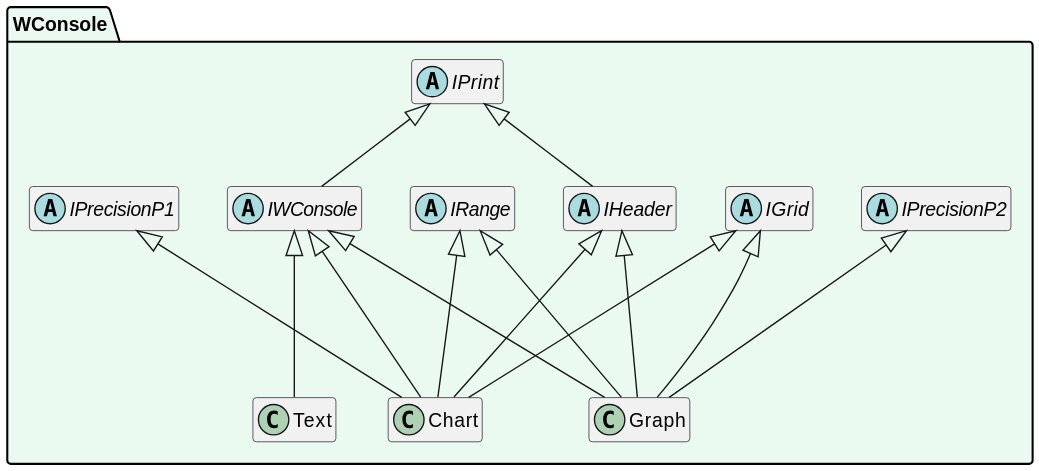
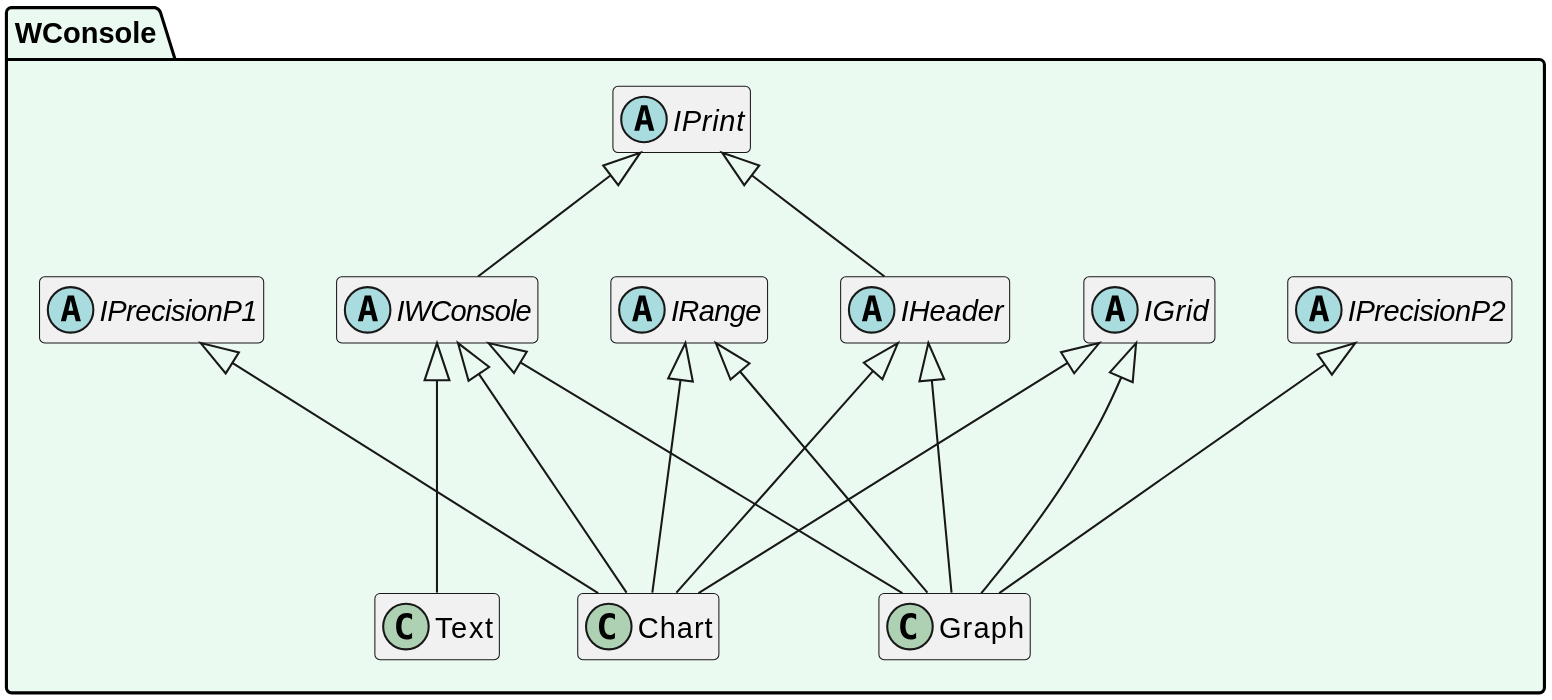
Before and after one commit to SergioStopkin/WideConsole: the diagram in doc/UMLClass.md, drawn with PlantUML.

Commit message:
Test some styles

````diff
--- a/doc/UMLClass.md
+++ b/doc/UMLClass.md
@@ -1,41 +1,41 @@
 ```plantuml
 @startuml
 
-scale 2
+scale 3
 
 hide empty members
 
 namespace WConsole #EAFAF1 {
 
 abstract class IGrid
 abstract class IHeader
 abstract class IPrecisionP1
 abstract class IPrecisionP2
 abstract class IPrint
 abstract class IRange
 abstract class IWConsole
 class Chart
 class Graph
 class Text
 
 IPrint <|-- IHeader
 IPrint <|-- IWConsole
 
 IWConsole    <|--- Chart
 IHeader      <|--- Chart
 IPrecisionP1 <|---  Chart
 IRange       <|---  Chart
 IGrid        <|---  Chart
 
 IWConsole    <|--- Graph
 IHeader      <|--- Graph
 IPrecisionP2 <|---  Graph
 IRange       <|---  Graph
 IGrid        <|---  Graph
 
 IWConsole <|--- Text
 
 }
 
 @enduml
 ```
````
